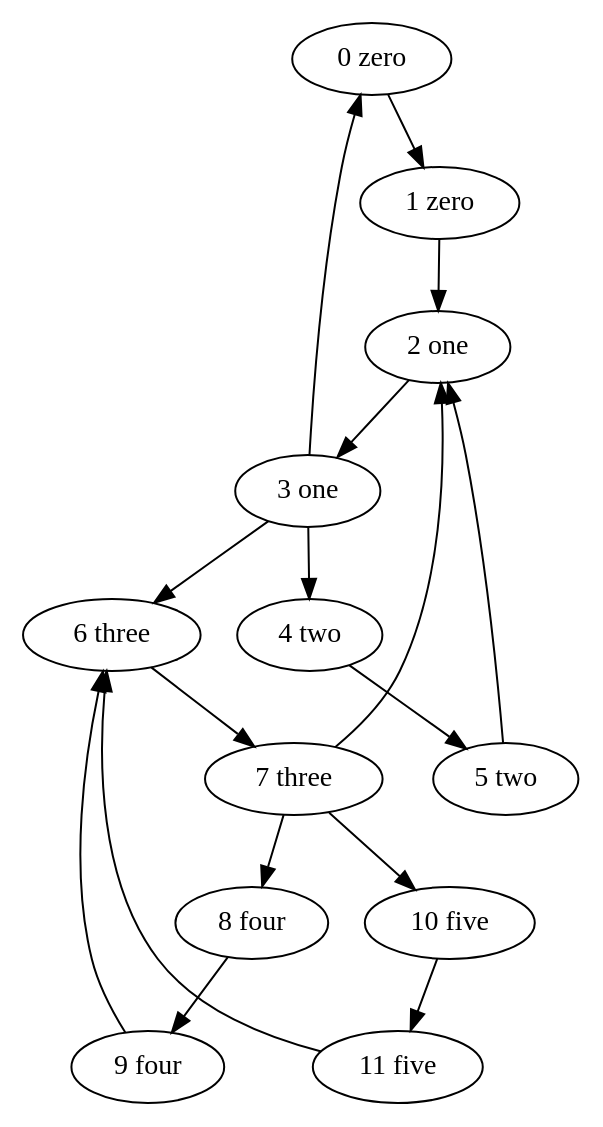
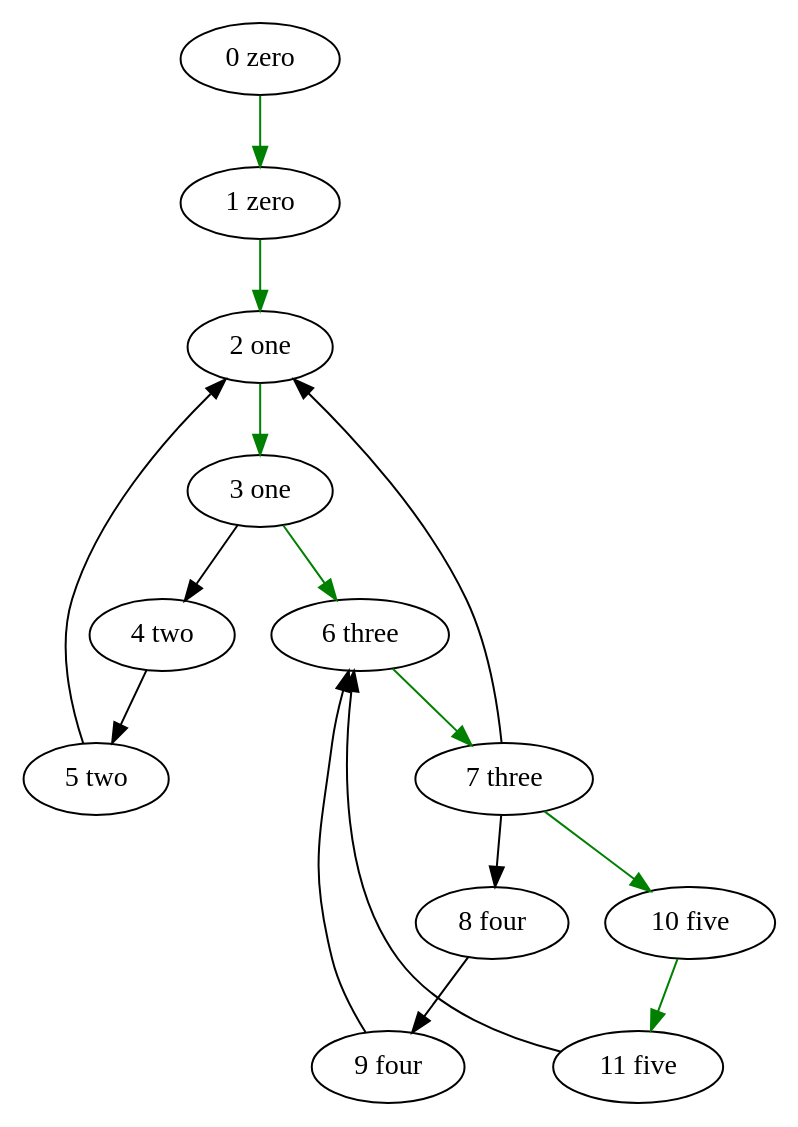
The diagram in 1.gv (Xel4ek/lem_in), drawn with Graphviz before and after one commit. The commit also changed 179 other files, not shown here.

```diff
--- a/1.gv
+++ b/1.gv
@@ -1,30 +1,29 @@
 digraph 4 {
 	"0 zero";
+	"3 one";
+	"2 one";
+	"5 two";
+	"4 two";
+	"7 three";
+	"6 three";
+	"9 four";
+	"8 four";
+	"11 five";
+	"10 five";
 	"1 zero";
-	"2 one";
-	"3 one";
-	"4 two";
-	"5 two";
-	"6 three";
-	"7 three";
-	"8 four";
-	"9 four";
-	"10 five";
-	"11 five";
-	"3 one" -> "0 zero";
-	"0 zero" -> "1 zero";
-	"1 zero" -> "2 one";
+	"2 one" -> "3 one" [dir = forward color = "green"];
 	"5 two" -> "2 one";
 	"7 three" -> "2 one";
-	"2 one" -> "3 one";
+	"1 zero" -> "2 one" [dir = forward color = "green"];
+	"4 two" -> "5 two";
 	"3 one" -> "4 two";
-	"4 two" -> "5 two";
-	"3 one" -> "6 three";
+	"6 three" -> "7 three" [dir = forward color = "green"];
 	"9 four" -> "6 three";
 	"11 five" -> "6 three";
-	"6 three" -> "7 three";
+	"3 one" -> "6 three" [dir = forward color = "green"];
+	"8 four" -> "9 four";
 	"7 three" -> "8 four";
-	"8 four" -> "9 four";
-	"7 three" -> "10 five";
-	"10 five" -> "11 five";
+	"10 five" -> "11 five" [dir = forward color = "green"];
+	"7 three" -> "10 five" [dir = forward color = "green"];
+	"0 zero" -> "1 zero" [dir = forward color = "green"];
 	}
```
